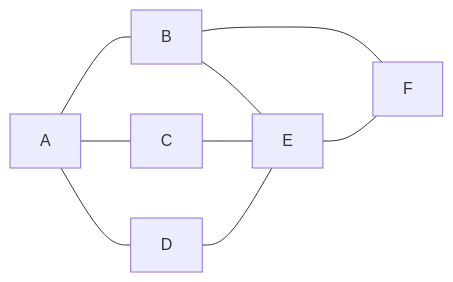
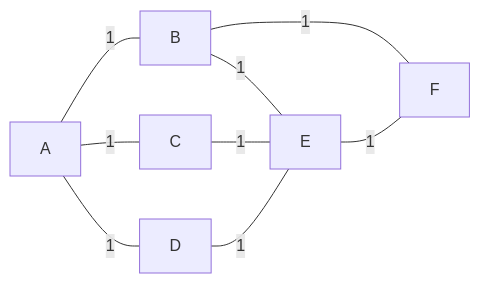
One commit to LongLong208/MyNotes changed the third of 3 diagrams in [other]/草稿.md. Above: the diagram before and after it, drawn with Mermaid. The commit also changed other lines of this file and 2 other files, not shown here.

````diff
--- a/[other]/草稿.md
+++ b/[other]/草稿.md
@@ -194,17 +194,17 @@
 ```mermaid 
 graph LR; 
 a[ A ] 
 b[ B ] 
 c[ C ] 
 d[ D ] 
 e[ E ] 
 f[ F ] 
-a --- b 
-a --- c 
-a --- d 
-b --- e 
-b --- f 
-c --- e 
-d --- e 
-e --- f 
+a ---|1| b 
+a ---|1| c 
+a ---|1| d 
+b ---|1| e 
+b ---|1| f 
+c ---|1| e 
+d ---|1| e 
+e ---|1| f 
 ```
````
